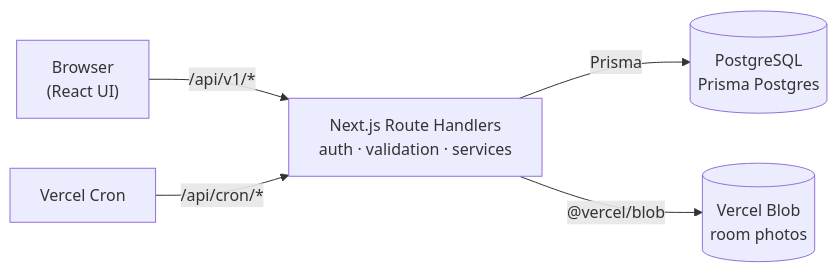
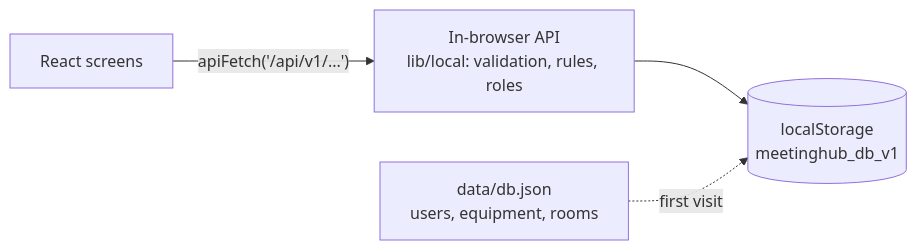
Before and after one commit to TheBunnyX/Meeting_Room_Booking_System: the diagram in README.md, drawn with Mermaid. The commit also changed other lines of this file and 117 other files, not shown here.

````diff
--- a/README.md
+++ b/README.md
@@ -75,7 +67,6 @@
 ```mermaid
 flowchart LR
-  Browser["Browser<br/>(React UI)"] -->|"/api/v1/*"| Routes["Next.js Route Handlers<br/>auth · validation · services"]
-  Routes -->|Prisma| DB[("PostgreSQL<br/>Prisma Postgres")]
-  Routes -->|"@vercel/blob"| Blob[("Vercel Blob<br/>room photos")]
-  Cron["Vercel Cron"] -->|"/api/cron/*"| Routes
+  UI["React screens"] -->|"apiFetch('/api/v1/...')"| Router["In-browser API<br/>lib/local: validation, rules, roles"]
+  Router --> Store[("localStorage<br/>meetinghub_db_v1")]
+  Seed["data/db.json<br/>users, equipment, rooms"] -.->|"first visit"| Store
 ```
````
